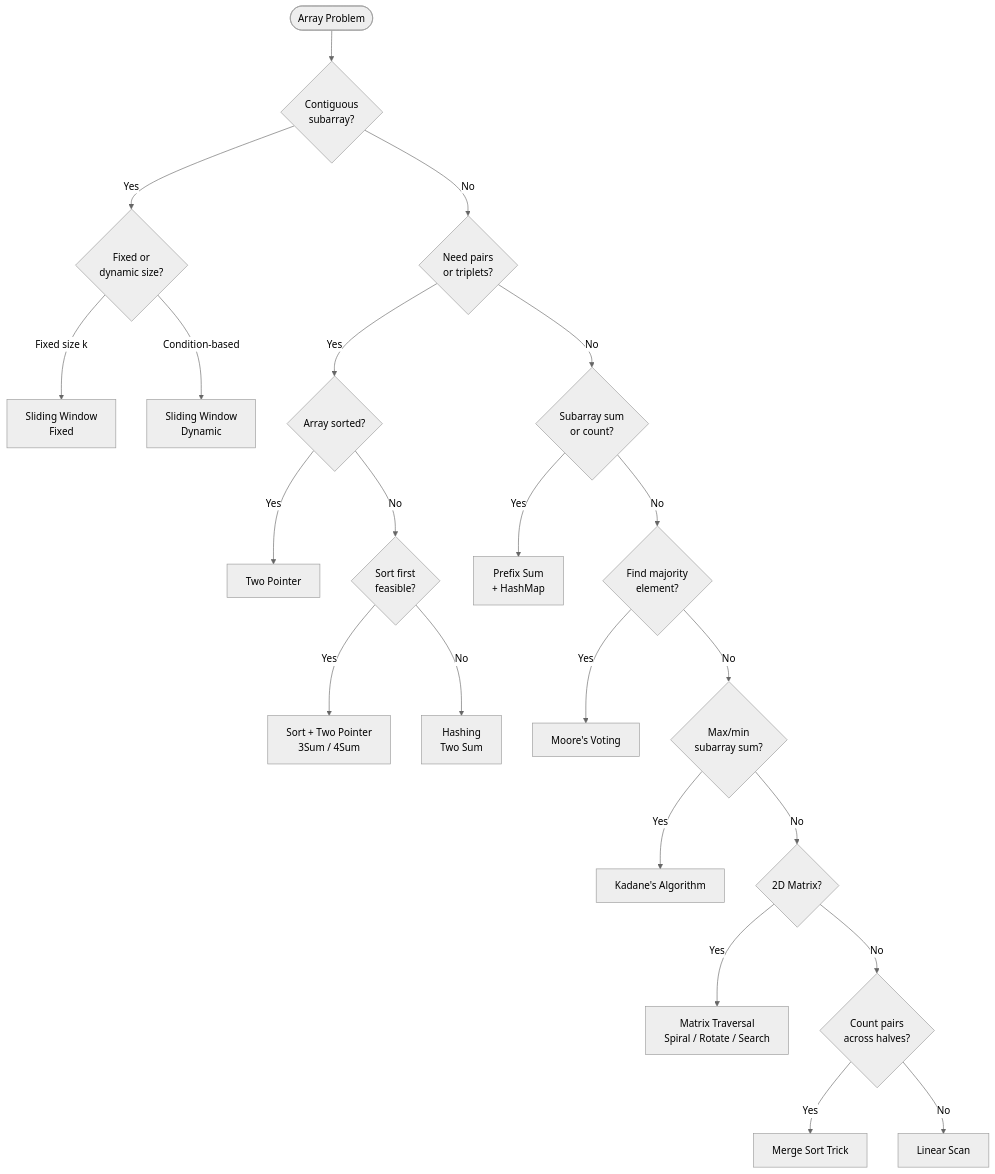
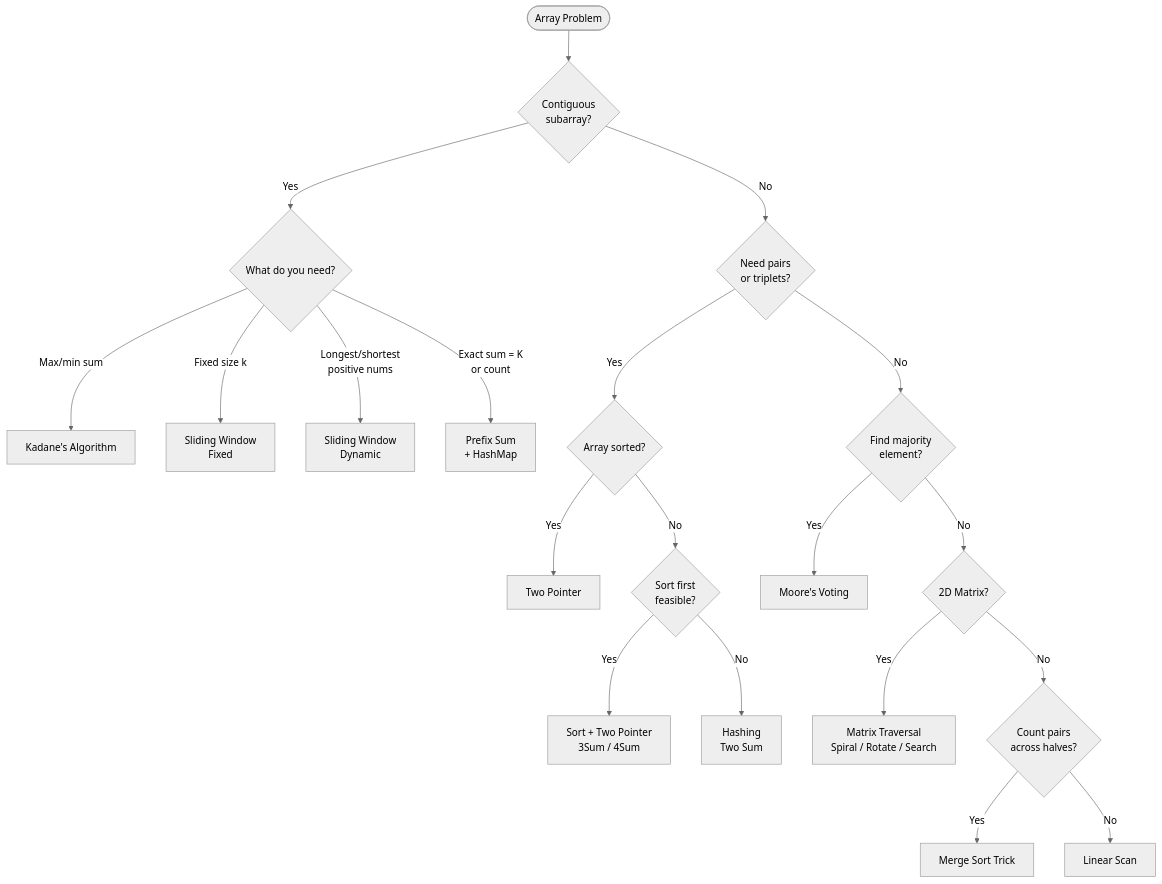
The diagram in src/concepts/array.md (gupta24789/dsa-tracker), drawn with Mermaid (neutral theme) before and after one commit. The commit also changed other lines of this file, not shown here.

````diff
--- a/src/concepts/array.md
+++ b/src/concepts/array.md
@@ -435,24 +568,22 @@
 ```mermaid
 flowchart TD
     A([Array Problem]) --> B{Contiguous\nsubarray?}
-    B -->|Yes| C{Fixed or\ndynamic size?}
+    B -->|Yes| C{What do you need?}
+    C -->|Max/min sum| Q[Kadane's Algorithm]
     C -->|Fixed size k| D[Sliding Window\nFixed]
-    C -->|Condition-based| E[Sliding Window\nDynamic]
+    C -->|Longest/shortest\npositive nums| E[Sliding Window\nDynamic]
+    C -->|Exact sum = K\nor count| M[Prefix Sum\n+ HashMap]
     B -->|No| F{Need pairs\nor triplets?}
     F -->|Yes| G{Array sorted?}
     G -->|Yes| H[Two Pointer]
     G -->|No| I{Sort first\nfeasible?}
     I -->|Yes| J[Sort + Two Pointer\n3Sum / 4Sum]
     I -->|No| K[Hashing\nTwo Sum]
-    F -->|No| L{Subarray sum\nor count?}
-    L -->|Yes| M[Prefix Sum\n+ HashMap]
-    L -->|No| N{Find majority\nelement?}
+    F -->|No| N{Find majority\nelement?}
     N -->|Yes| O[Moore's Voting]
-    N -->|No| P{Max/min\nsubarray sum?}
-    P -->|Yes| Q[Kadane's Algorithm]
-    P -->|No| R{2D Matrix?}
+    N -->|No| R{2D Matrix?}
     R -->|Yes| S[Matrix Traversal\nSpiral / Rotate / Search]
     R -->|No| T{Count pairs\nacross halves?}
     T -->|Yes| U[Merge Sort Trick]
     T -->|No| V[Linear Scan]
 ```
````
